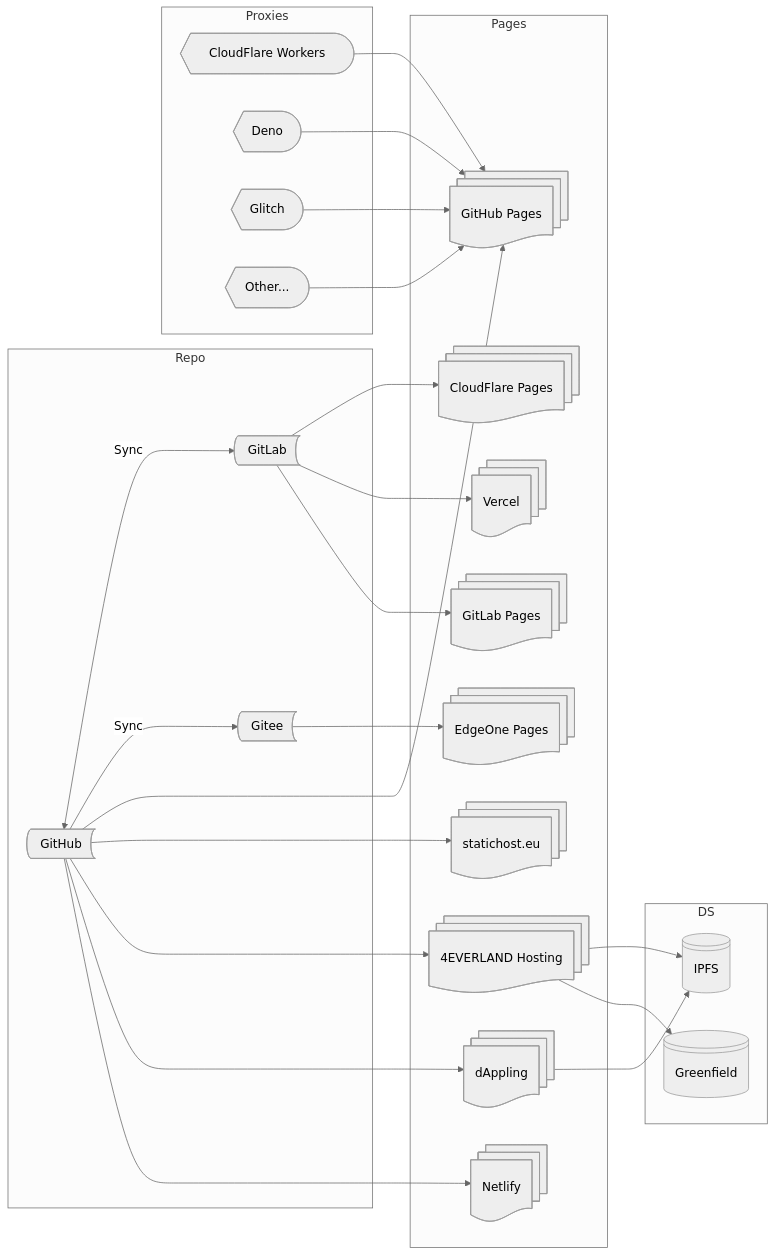
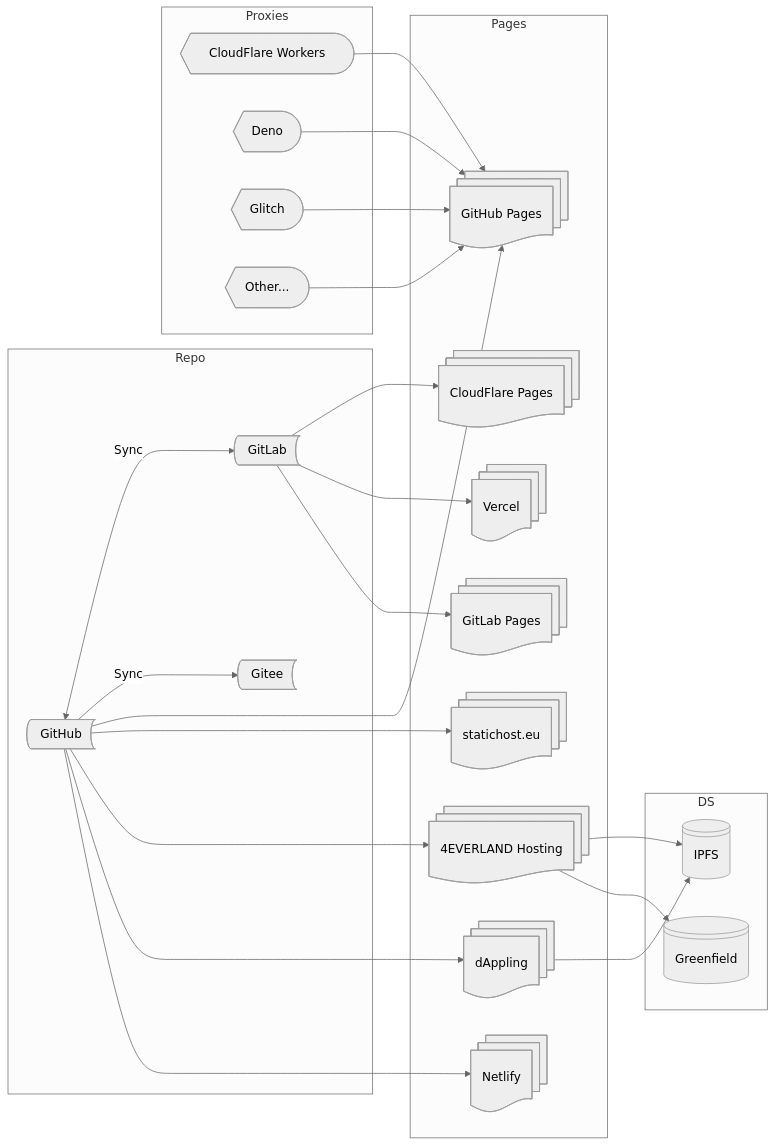
The diagram in proxylist.md (Mabbs/mabbs.github.io), drawn with Mermaid (neutral theme) before and after one commit. The commit also changed other lines of this file, not shown here.

````diff
--- a/proxylist.md
+++ b/proxylist.md
@@ -22,64 +22,61 @@
 ```mermaid
 graph LR;
     GH@{ shape: bow-rect, label: "GitHub" }
     GL@{ shape: bow-rect, label: "GitLab" }
     GE@{ shape: bow-rect, label: "Gitee" }
     CFP@{ shape: docs, label: "CloudFlare Pages" }
     GHP@{ shape: docs, label: "GitHub Pages" }
     GLP@{ shape: docs, label: "GitLab Pages" }
     FELH@{ shape: docs, label: "4EVERLAND Hosting" }
     IPFS@{ shape: lin-cyl, label: "IPFS" }
     GF@{ shape: lin-cyl, label: "Greenfield" }
     Vercel@{ shape: docs, label: "Vercel" }
     Netlify@{ shape: docs, label: "Netlify" }
     SH@{ shape: docs, label: "statichost.eu" }
     DA@{ shape: docs, label: "dAppling" }
-    EOP@{ shape: docs, label: "EdgeOne Pages" }
     CFW@{ shape: curv-trap, label: "CloudFlare Workers" }
     Deno@{ shape: curv-trap, label: "Deno" }
     Glitch@{ shape: curv-trap, label: "Glitch" }
     Other@{ shape: curv-trap, label: "Other..." }
     subgraph Repo
     GH
     GL
     GE
     end
     
     subgraph Pages
     GHP
     GLP
     CFP
     SH
     FELH
     DA
     Vercel
     Netlify
-    EOP
     end
     
     subgraph Proxies
     CFW
     Deno
     Glitch
     Other
     end
     
     subgraph DS
     IPFS
     GF
     end
     
     GH <--Sync--> GL
     GH -- Sync --> GE
     GH --> GHP & SH & FELH & DA & Netlify
     GL --> CFP & Vercel & GLP
-    GE --> EOP
     
     CFW --> GHP
     Deno --> GHP
     Glitch --> GHP
     Other --> GHP
     
     FELH --> IPFS & GF
     DA --> IPFS
 ```
````
